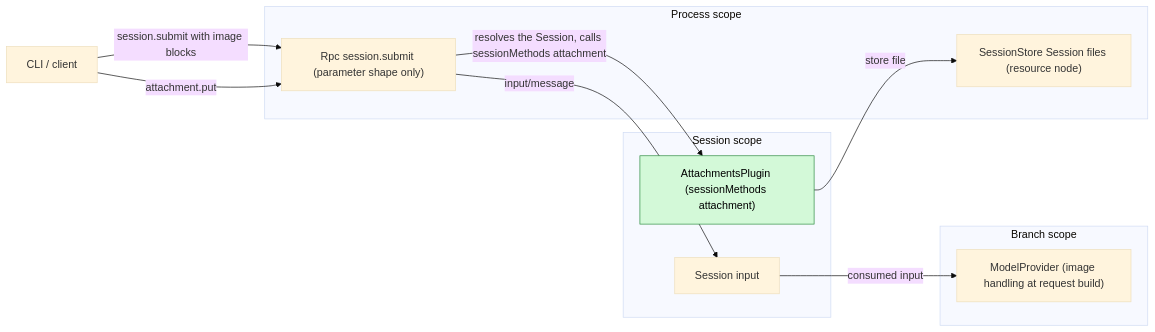
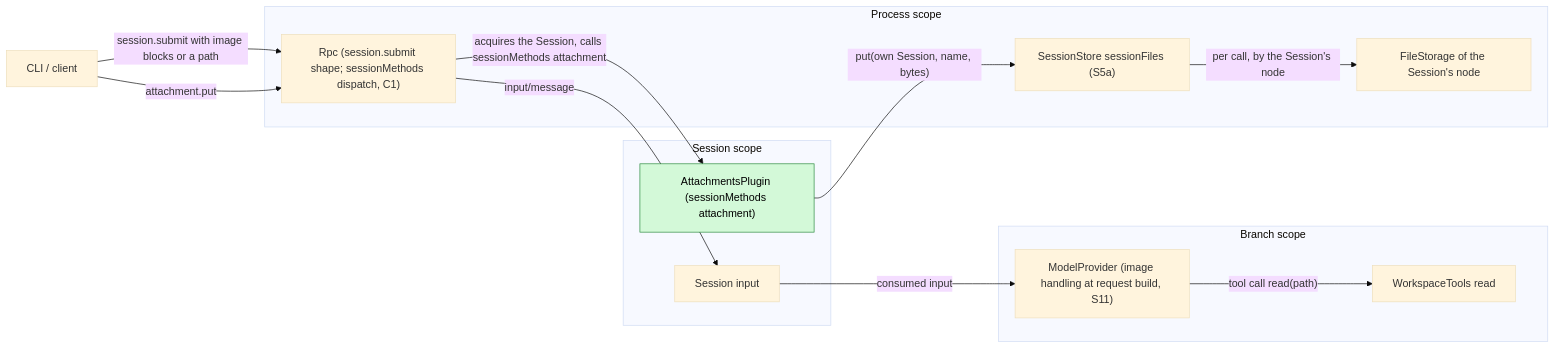
One commit to CoutinhoTTS/dim-agent changed the first of 3 diagrams in docs/design/plugins/Attachments.md. Above: the diagram before and after it, drawn with Mermaid (base theme). The commit also changed other lines of this file and 3 other files, not shown here.

````diff
--- a/docs/design/plugins/Attachments.md
+++ b/docs/design/plugins/Attachments.md
@@ -11,22 +11,26 @@
 ```mermaid
 flowchart LR
   CLI["CLI / client"]
   subgraph P["Process scope"]
-    RPC["Rpc session.submit (parameter shape only)"]
-    SS["SessionStore Session files (resource node)"]
+    RPC["Rpc (session.submit shape; sessionMethods dispatch, C1)"]
+    SS["SessionStore sessionFiles (S5a)"]
+    FS["FileStorage of the Session's node"]
   end
   subgraph S["Session scope"]
     AT["AttachmentsPlugin (sessionMethods attachment)"]:::new
     SI["Session input"]
   end
   subgraph B["Branch scope"]
-    MP["ModelProvider (image handling at request build)"]
+    MP["ModelProvider (image handling at request build, S11)"]
+    WT["WorkspaceTools read"]
   end
-  CLI -- "session.submit with image blocks" --> RPC
+  CLI -- "session.submit with image blocks or a path" --> RPC
   CLI -- "attachment.put" --> RPC
-  RPC -- "resolves the Session, calls sessionMethods attachment" --> AT
-  AT -- "store file" --> SS
+  RPC -- "acquires the Session, calls sessionMethods attachment" --> AT
+  AT -- "put(own Session, name, bytes)" --> SS
+  SS -- "per call, by the Session's node" --> FS
   RPC -- "input/message" --> SI
   SI -- "consumed input" --> MP
+  MP -- "tool call read(path)" --> WT
   classDef new fill:#d3f9d8,stroke:#2b8a3e,color:#000
 ```
````
